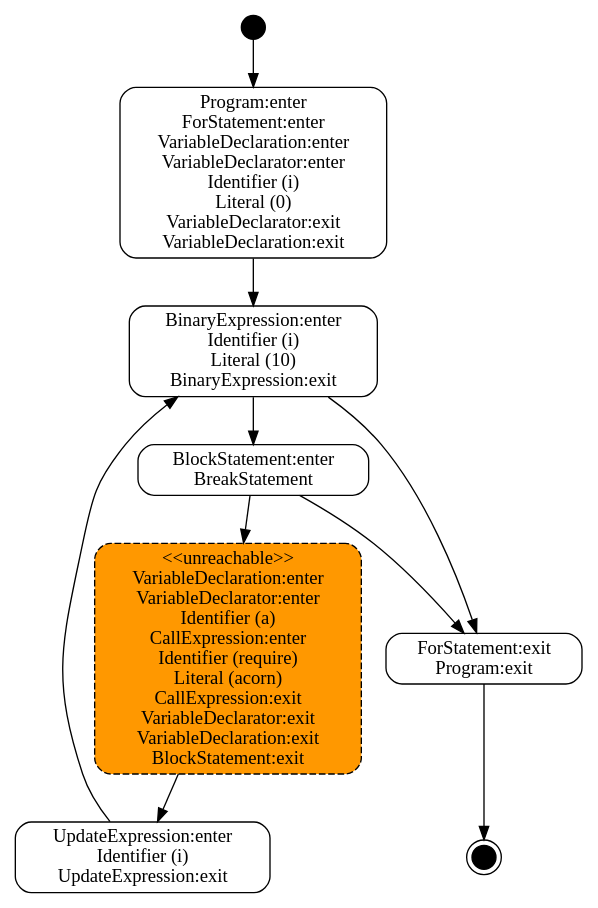
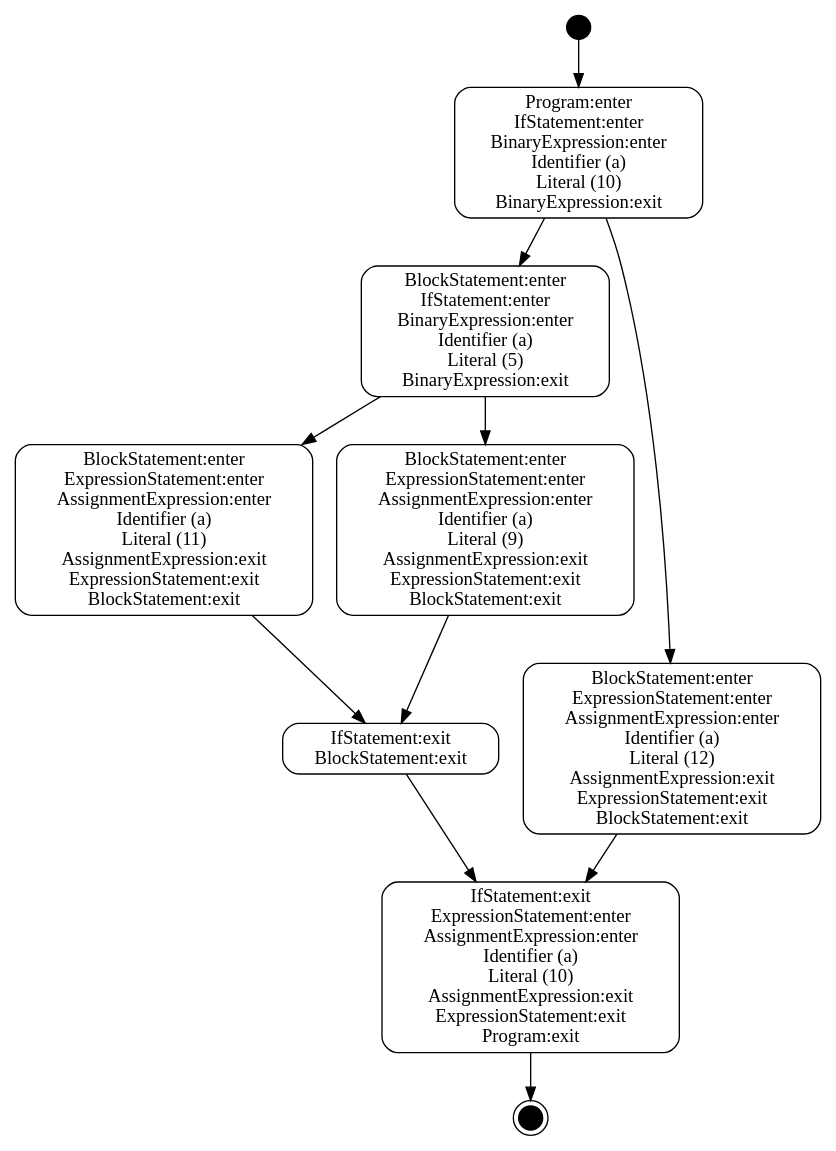
Before and after one commit to DiffYao/npm_check: the diagram in output/dot/0.dot, drawn with Graphviz. The commit also changed 16 other files, not shown here.

```diff
--- a/output/dot/0.dot
+++ b/output/dot/0.dot
@@ -1,14 +1,17 @@
 
 digraph {
 node[shape=box,style="rounded,filled",fillcolor=white];
 initial[label="",shape=circle,style=filled,fillcolor=black,width=0.25,height=0.25];
 final[label="",shape=doublecircle,style=filled,fillcolor=black,width=0.25,height=0.25];
-s1_1[label="Program:enter\nForStatement:enter\nVariableDeclaration:enter\nVariableDeclarator:enter\nIdentifier (i)\nLiteral (0)\nVariableDeclarator:exit\nVariableDeclaration:exit"];
-s1_2[label="BinaryExpression:enter\nIdentifier (i)\nLiteral (10)\nBinaryExpression:exit"];
-s1_3[label="BlockStatement:enter\nBreakStatement"];
-s1_5[style="rounded,dashed,filled",fillcolor="#FF9800",label="<<unreachable>>\nVariableDeclaration:enter\nVariableDeclarator:enter\nIdentifier (a)\nCallExpression:enter\nIdentifier (require)\nLiteral (acorn)\nCallExpression:exit\nVariableDeclarator:exit\nVariableDeclaration:exit\nBlockStatement:exit"];
-s1_4[label="UpdateExpression:enter\nIdentifier (i)\nUpdateExpression:exit"];
-s1_6[label="ForStatement:exit\nProgram:exit"];
-initial->s1_1->s1_2->s1_3->s1_5->s1_4->s1_2->s1_6;
-s1_3->s1_6->final;
+s1_1[label="Program:enter\nIfStatement:enter\nBinaryExpression:enter\nIdentifier (a)\nLiteral (10)\nBinaryExpression:exit"];
+s1_2[label="BlockStatement:enter\nIfStatement:enter\nBinaryExpression:enter\nIdentifier (a)\nLiteral (5)\nBinaryExpression:exit"];
+s1_3[label="BlockStatement:enter\nExpressionStatement:enter\nAssignmentExpression:enter\nIdentifier (a)\nLiteral (11)\nAssignmentExpression:exit\nExpressionStatement:exit\nBlockStatement:exit"];
+s1_5[label="IfStatement:exit\nBlockStatement:exit"];
+s1_7[label="IfStatement:exit\nExpressionStatement:enter\nAssignmentExpression:enter\nIdentifier (a)\nLiteral (10)\nAssignmentExpression:exit\nExpressionStatement:exit\nProgram:exit"];
+s1_6[label="BlockStatement:enter\nExpressionStatement:enter\nAssignmentExpression:enter\nIdentifier (a)\nLiteral (12)\nAssignmentExpression:exit\nExpressionStatement:exit\nBlockStatement:exit"];
+s1_4[label="BlockStatement:enter\nExpressionStatement:enter\nAssignmentExpression:enter\nIdentifier (a)\nLiteral (9)\nAssignmentExpression:exit\nExpressionStatement:exit\nBlockStatement:exit"];
+initial->s1_1->s1_2->s1_3->s1_5->s1_7;
+s1_1->s1_6->s1_7;
+s1_2->s1_4->s1_5;
+s1_7->final;
 }
```
